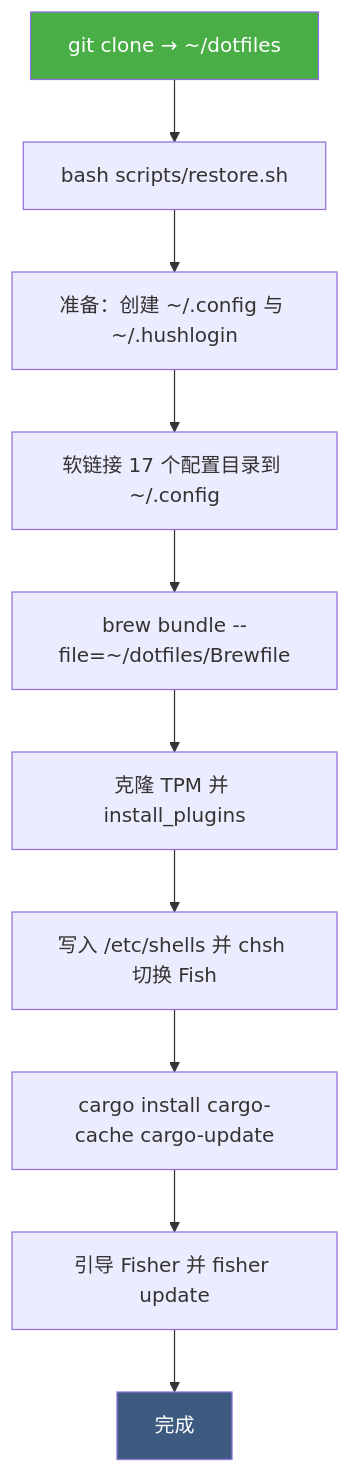
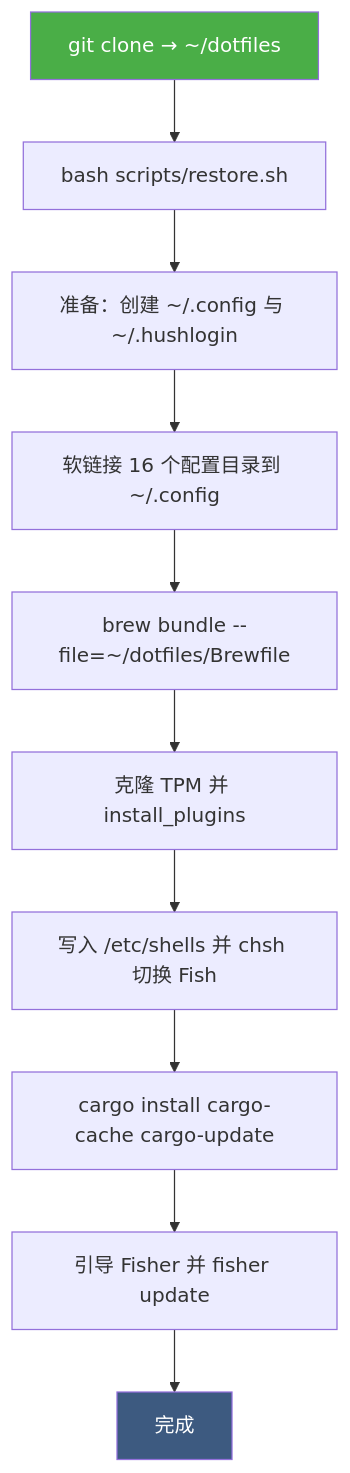
Before and after one commit to fluxixix/dotfiles: the first of 2 diagrams in README.md, drawn with Mermaid. The commit also changed other lines of this file and 3 other files, not shown here.

````diff
--- a/README.md
+++ b/README.md
@@ -112,14 +110,14 @@
 ```mermaid
 flowchart TD
     A["git clone → ~/dotfiles"] --> B["bash scripts/restore.sh"]
     B --> C["准备：创建 ~/.config 与 ~/.hushlogin"]
-    C --> D["软链接 17 个配置目录到 ~/.config"]
+    C --> D["软链接 16 个配置目录到 ~/.config"]
     D --> E["brew bundle --file=~/dotfiles/Brewfile"]
     E --> F["克隆 TPM 并 install_plugins"]
     F --> G["写入 /etc/shells 并 chsh 切换 Fish"]
     G --> H["cargo install cargo-cache cargo-update"]
     H --> I["引导 Fisher 并 fisher update"]
     I --> Z["完成"]
     style A fill:#4aae47,color:#fff
     style Z fill:#3d5a80,color:#fff
 ```
````
